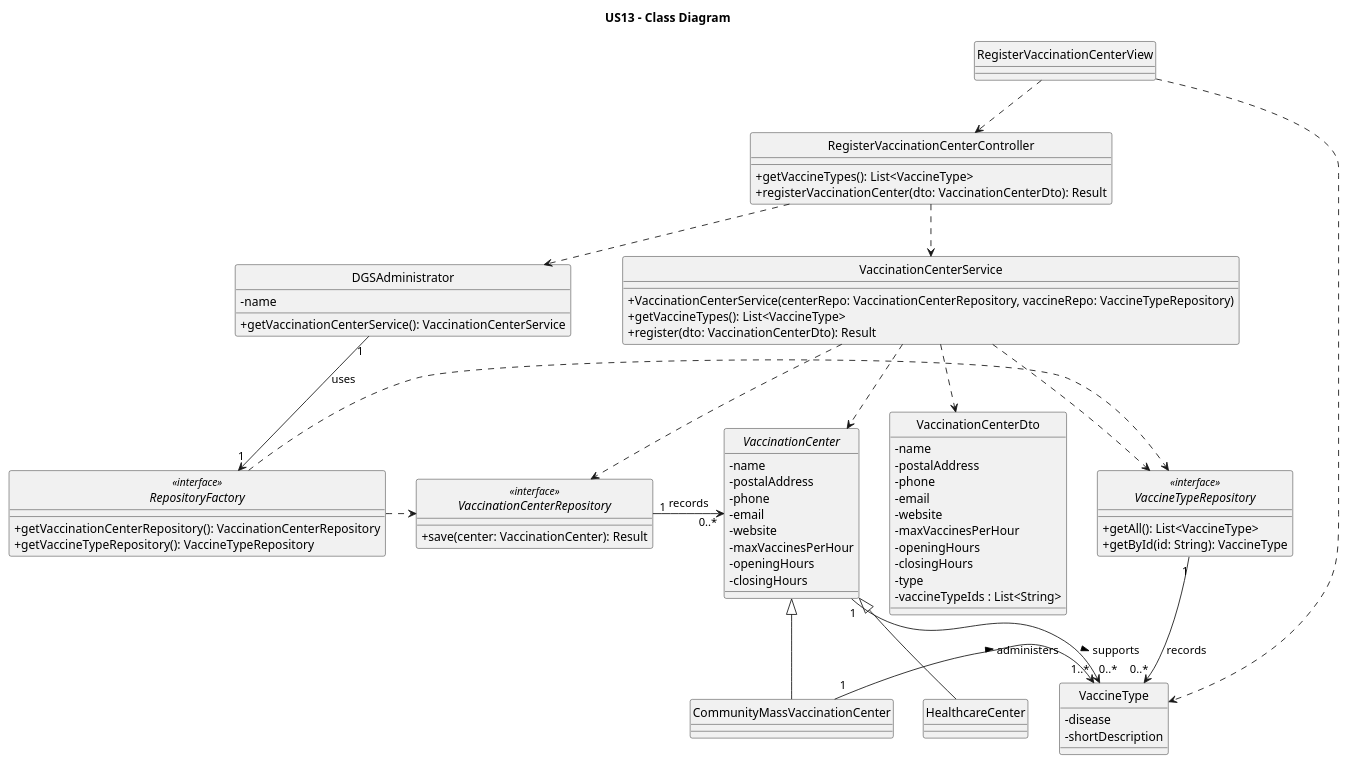
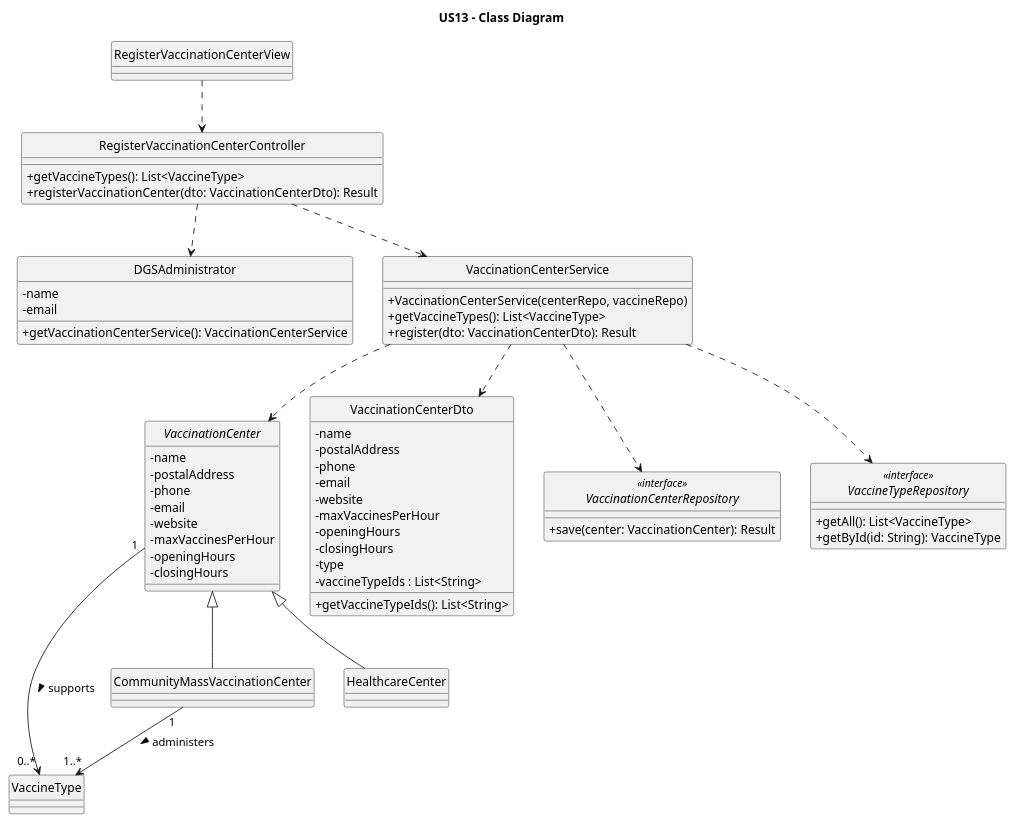
Before and after one commit to luluisfcm/leti-esoft-25-26-B5: the diagram in docs/system-documentation/US13/puml/US13-CD.puml, drawn with PlantUML. The commit also changed 7 other files, not shown here.

```diff
--- a/docs/system-documentation/US13/puml/US13-CD.puml
+++ b/docs/system-documentation/US13/puml/US13-CD.puml
@@ -1,107 +1,84 @@
 @startuml
 title US13 - Class Diagram
-'https://plantuml.com/class-diagram
-
 hide circle
 skinparam classAttributeIconSize 0
 
-' ===================== View =====================
+' --- View ---
 class RegisterVaccinationCenterView {
 }
 
-' ===================== Controller =====================
+' --- Controller ---
 class RegisterVaccinationCenterController {
     +getVaccineTypes(): List<VaccineType>
     +registerVaccinationCenter(dto: VaccinationCenterDto): Result
 }
 
-' ===================== Actor =====================
+' --- Actor/Domain Context ---
 class DGSAdministrator {
     - name
+    - email
     + getVaccinationCenterService(): VaccinationCenterService
 }
 
-' ===================== Service =====================
+' --- Service ---
 class VaccinationCenterService {
-    + VaccinationCenterService(centerRepo: VaccinationCenterRepository, vaccineRepo: VaccineTypeRepository)
+    + VaccinationCenterService(centerRepo, vaccineRepo)
     + getVaccineTypes(): List<VaccineType>
     + register(dto: VaccinationCenterDto): Result
 }
 
-' ===================== DTO =====================
+' --- DTO ---
 class VaccinationCenterDto {
     - name
     - postalAddress
     - phone
     - email
     - website
     - maxVaccinesPerHour
     - openingHours
     - closingHours
     - type
     - vaccineTypeIds : List<String>
+    + getVaccineTypeIds(): List<String>
 }
 
-' ===================== Repositories =====================
+' --- Repositories ---
 interface VaccinationCenterRepository <<interface>> {
     + save(center: VaccinationCenter): Result
 }
 
 interface VaccineTypeRepository <<interface>> {
     + getAll(): List<VaccineType>
     + getById(id: String): VaccineType
 }
 
-' ===================== Repository Factory =====================
-interface RepositoryFactory <<interface>> {
-    + getVaccinationCenterRepository(): VaccinationCenterRepository
-    + getVaccineTypeRepository(): VaccineTypeRepository
-}
-
-' ===================== Domain =====================
+' --- Domain ---
 abstract class VaccinationCenter {
     - name
     - postalAddress
     - phone
     - email
     - website
     - maxVaccinesPerHour
     - openingHours
     - closingHours
 }
 
 class CommunityMassVaccinationCenter
 class HealthcareCenter
 
-class VaccineType {
-    - disease
-    - shortDescription
-}
-
+' Inheritance and Associations
 VaccinationCenter <|-- CommunityMassVaccinationCenter
 VaccinationCenter <|-- HealthcareCenter
+VaccinationCenter "1" -right-> "0..*" VaccineType : supports >
+CommunityMassVaccinationCenter "1" --> "1..*" VaccineType : administers >
 
-VaccinationCenter "1" -right-> "0..*" VaccineType : supports >
-CommunityMassVaccinationCenter "1" -right-> "1..*" VaccineType : administers >
-
-' ===================== Associations =====================
+' Dependencies
 RegisterVaccinationCenterView ..> RegisterVaccinationCenterController
-RegisterVaccinationCenterView ..> VaccineType
-
 RegisterVaccinationCenterController ..> DGSAdministrator
 RegisterVaccinationCenterController ..> VaccinationCenterService
-
 VaccinationCenterService ..> VaccinationCenterRepository
 VaccinationCenterService ..> VaccineTypeRepository
 VaccinationCenterService ..> VaccinationCenterDto
 VaccinationCenterService ..> VaccinationCenter
-
-DGSAdministrator "1" -down-> "1" RepositoryFactory : uses
-
-RepositoryFactory .right.> VaccinationCenterRepository
-RepositoryFactory .right.> VaccineTypeRepository
-
-VaccinationCenterRepository "1" -right-> "0..*" VaccinationCenter : records
-VaccineTypeRepository "1" -right-> "0..*" VaccineType : records
-
 @enduml
```
